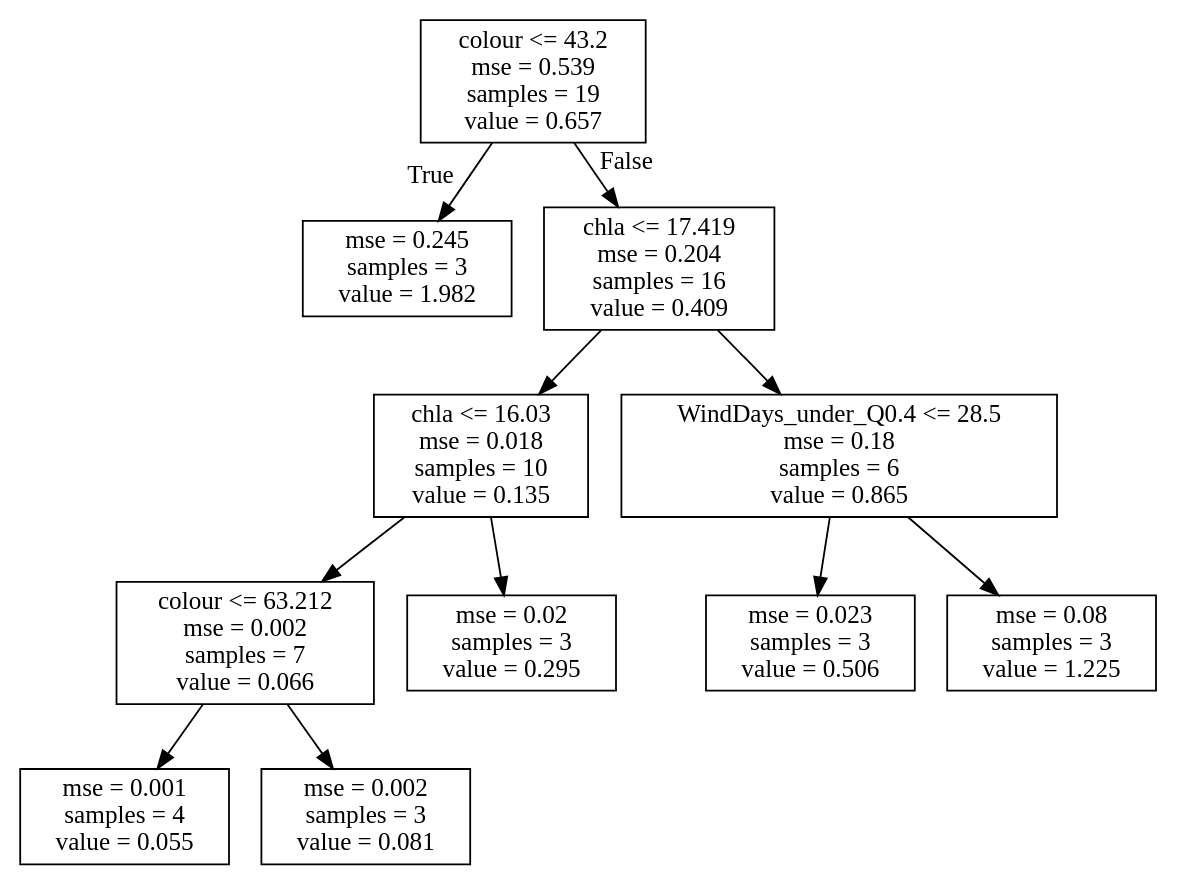
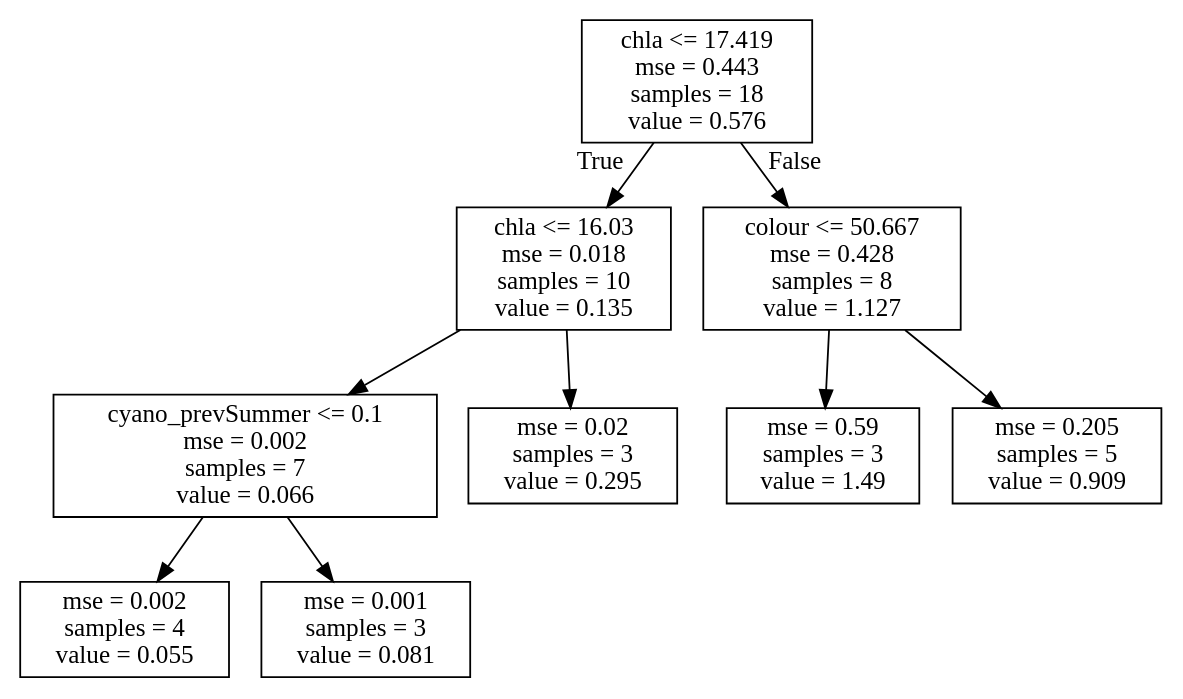
The diagram in Norway_Morsa/Model_Development/Figures/Discretization_regTrees/AllVarsTogether/DotFiles/summ_Cyano.dot (icra/WATExR), drawn with Graphviz before and after one commit. The commit also changed 3 other files, not shown here.

```diff
--- a/Norway_Morsa/Model_Development/Figures/Discretization_regTrees/AllVarsTogether/DotFiles/summ_Cyano.dot
+++ b/Norway_Morsa/Model_Development/Figures/Discretization_regTrees/AllVarsTogether/DotFiles/summ_Cyano.dot
@@ -1,24 +1,20 @@
 digraph Tree {
 node [shape=box] ;
-0 [label="colour <= 43.2\nmse = 0.539\nsamples = 19\nvalue = 0.657"] ;
-1 [label="mse = 0.245\nsamples = 3\nvalue = 1.982"] ;
+0 [label="chla <= 17.419\nmse = 0.443\nsamples = 18\nvalue = 0.576"] ;
+1 [label="chla <= 16.03\nmse = 0.018\nsamples = 10\nvalue = 0.135"] ;
 0 -> 1 [labeldistance=2.5, labelangle=45, headlabel="True"] ;
-2 [label="chla <= 17.419\nmse = 0.204\nsamples = 16\nvalue = 0.409"] ;
+5 [label="cyano_prevSummer <= 0.1\nmse = 0.002\nsamples = 7\nvalue = 0.066"] ;
+1 -> 5 ;
+7 [label="mse = 0.002\nsamples = 4\nvalue = 0.055"] ;
+5 -> 7 ;
+8 [label="mse = 0.001\nsamples = 3\nvalue = 0.081"] ;
+5 -> 8 ;
+6 [label="mse = 0.02\nsamples = 3\nvalue = 0.295"] ;
+1 -> 6 ;
+2 [label="colour <= 50.667\nmse = 0.428\nsamples = 8\nvalue = 1.127"] ;
 0 -> 2 [labeldistance=2.5, labelangle=-45, headlabel="False"] ;
-3 [label="chla <= 16.03\nmse = 0.018\nsamples = 10\nvalue = 0.135"] ;
+3 [label="mse = 0.59\nsamples = 3\nvalue = 1.49"] ;
 2 -> 3 ;
-7 [label="colour <= 63.212\nmse = 0.002\nsamples = 7\nvalue = 0.066"] ;
-3 -> 7 ;
-9 [label="mse = 0.001\nsamples = 4\nvalue = 0.055"] ;
-7 -> 9 ;
-10 [label="mse = 0.002\nsamples = 3\nvalue = 0.081"] ;
-7 -> 10 ;
-8 [label="mse = 0.02\nsamples = 3\nvalue = 0.295"] ;
-3 -> 8 ;
-4 [label="WindDays_under_Q0.4 <= 28.5\nmse = 0.18\nsamples = 6\nvalue = 0.865"] ;
+4 [label="mse = 0.205\nsamples = 5\nvalue = 0.909"] ;
 2 -> 4 ;
-5 [label="mse = 0.023\nsamples = 3\nvalue = 0.506"] ;
-4 -> 5 ;
-6 [label="mse = 0.08\nsamples = 3\nvalue = 1.225"] ;
-4 -> 6 ;
 }
```
